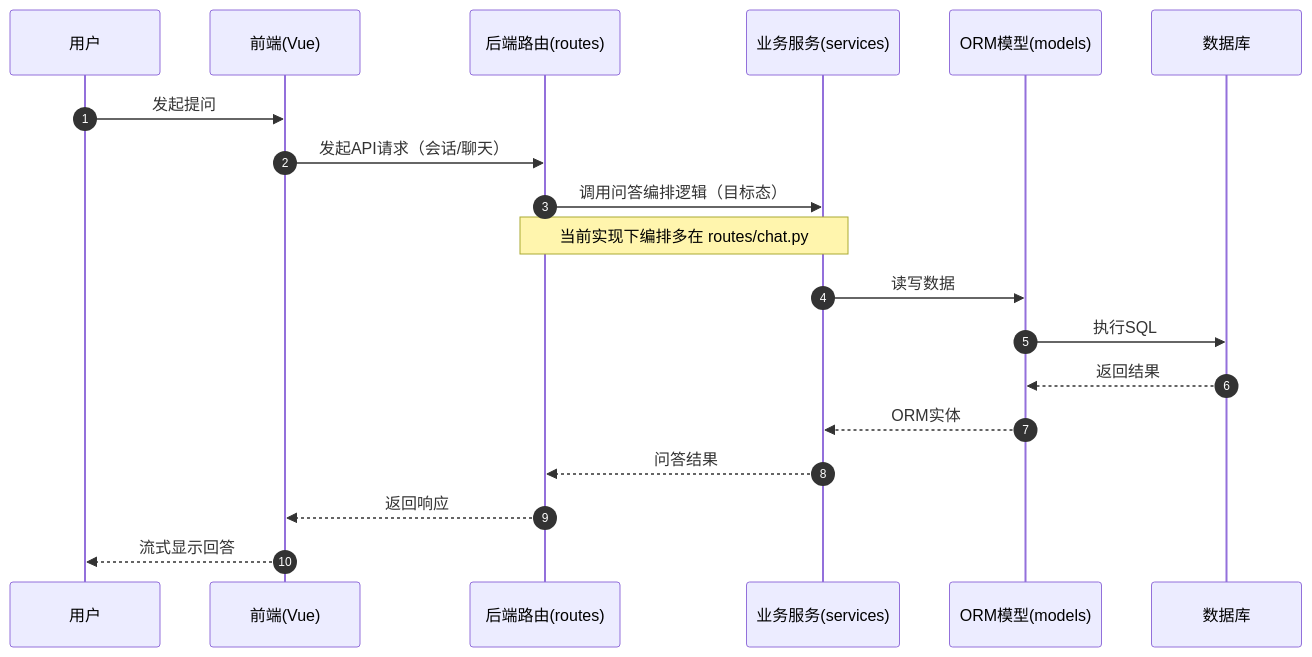
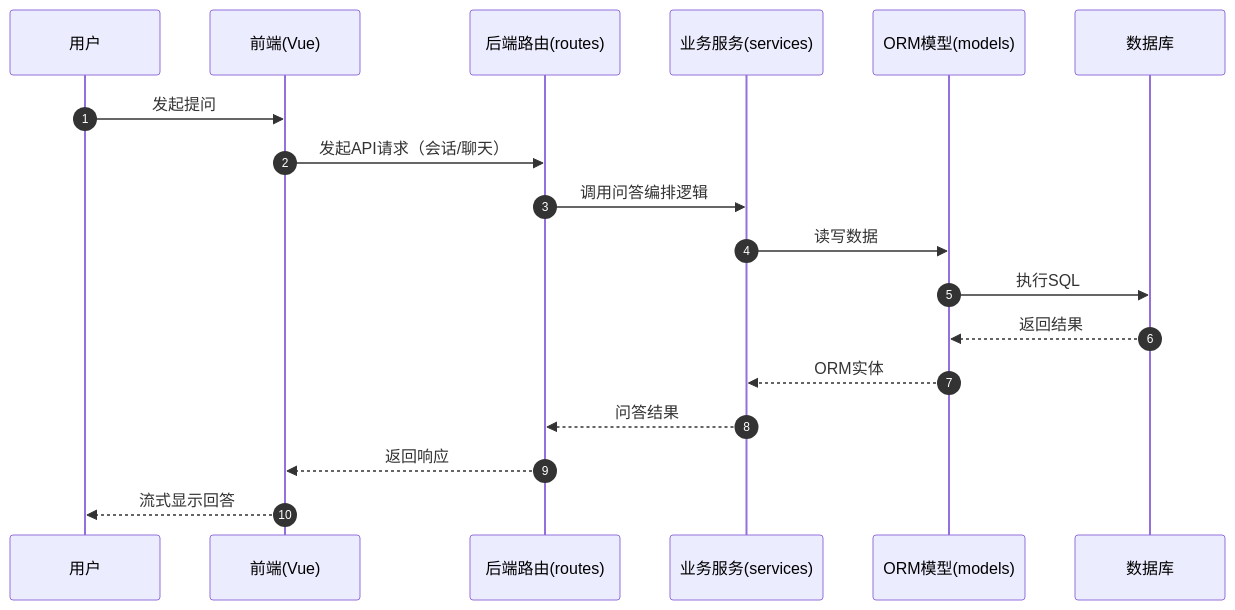
One commit to hordu-ma/sdszk-qa changed the first of 6 diagrams in src/docs/ARCHITECTURE.md. Above: the diagram before and after it, drawn with Mermaid. The commit also changed other lines of this file and 41 other files, not shown here.

````diff
--- a/src/docs/ARCHITECTURE.md
+++ b/src/docs/ARCHITECTURE.md
@@ -62,22 +62,21 @@
 ```mermaid
 sequenceDiagram
   autonumber
   participant 用户 as 用户
   participant 前端 as 前端(Vue)
   participant 路由 as 后端路由(routes)
   participant 服务 as 业务服务(services)
   participant 模型 as ORM模型(models)
   participant 数据库 as 数据库
 
   用户->>前端: 发起提问
   前端->>路由: 发起API请求（会话/聊天）
-  路由->>服务: 调用问答编排逻辑（目标态）
-  Note over 路由,服务: 当前实现下编排多在 routes/chat.py
+  路由->>服务: 调用问答编排逻辑
   服务->>模型: 读写数据
   模型->>数据库: 执行SQL
   数据库-->>模型: 返回结果
   模型-->>服务: ORM实体
   服务-->>路由: 问答结果
   路由-->>前端: 返回响应
   前端-->>用户: 流式显示回答
 ```
````
